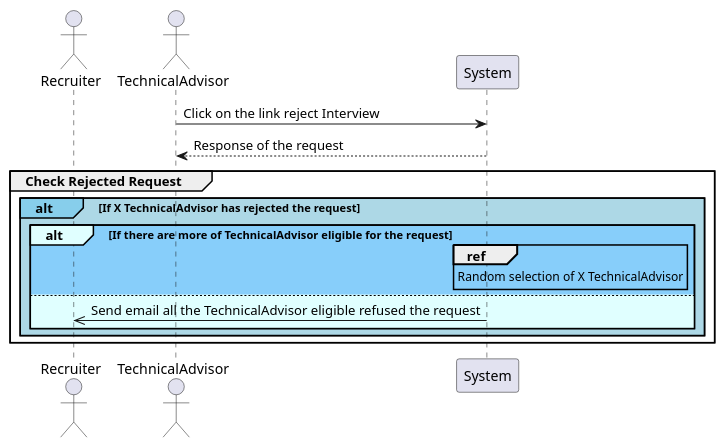
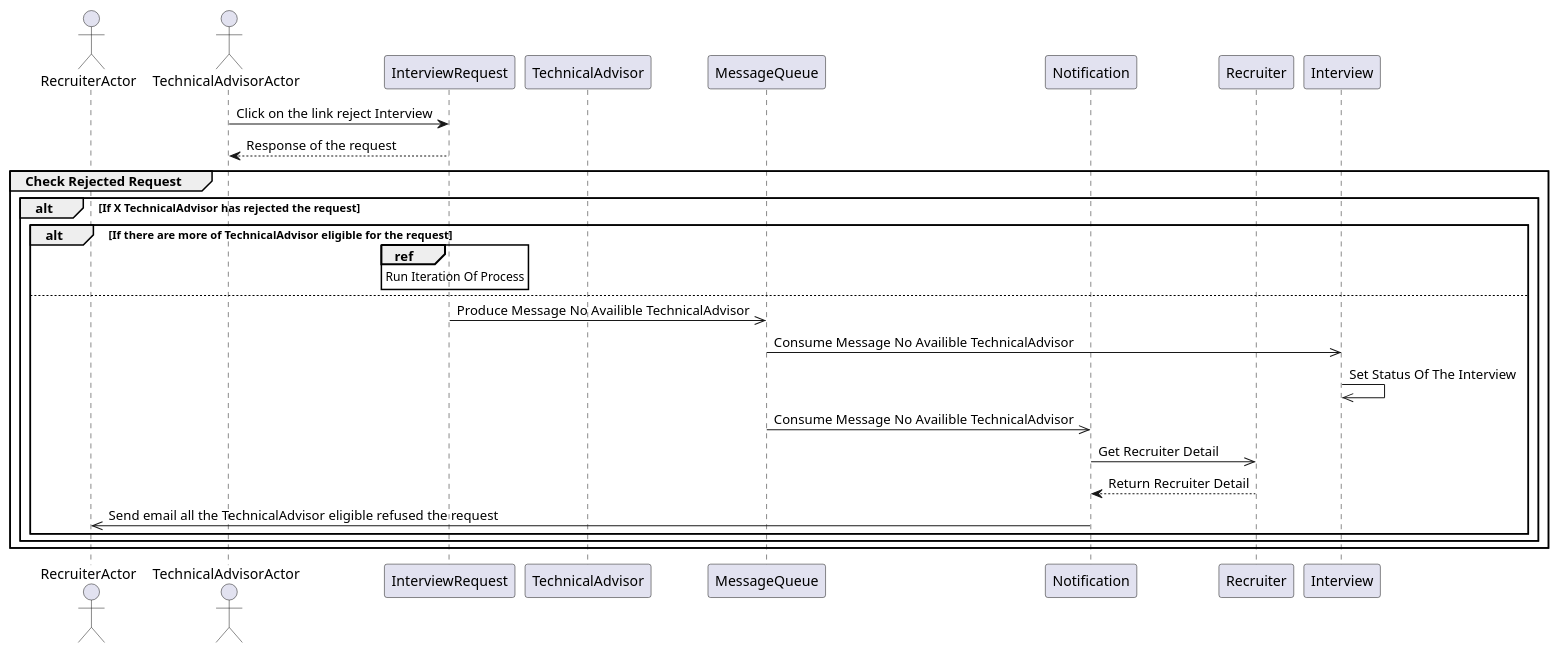
Before and after one commit to iBoukhenna/interview-managment-system: the diagram in documents/3-sequance/4-sequance_diagram_reject_interview.puml, drawn with PlantUML. The commit also changed 42 other files, not shown here.

```diff
--- a/documents/3-sequance/4-sequance_diagram_reject_interview.puml
+++ b/documents/3-sequance/4-sequance_diagram_reject_interview.puml
@@ -1,20 +1,31 @@
 @startuml
 
-actor Recruiter
-actor TechnicalAdvisor
-participant System
+actor RecruiterActor
+actor TechnicalAdvisorActor
+participant InterviewRequest
+participant TechnicalAdvisor
+participant MessageQueue
+participant Notification
+participant Recruiter
+participant Interview
 
-TechnicalAdvisor -> System: Click on the link reject Interview
-System --> TechnicalAdvisor: Response of the request
+TechnicalAdvisorActor -> InterviewRequest: Click on the link reject Interview
+InterviewRequest --> TechnicalAdvisorActor: Response of the request
 group Check Rejected Request
-    alt#SkyBlue #LightBlue If X TechnicalAdvisor has rejected the request
-        alt#LightCyan #LightSkyBlue If there are more of TechnicalAdvisor eligible for the request
-            ref over System
-                Random selection of X TechnicalAdvisor
+    alt If X TechnicalAdvisor has rejected the request
+        alt If there are more of TechnicalAdvisor eligible for the request
+            ref over InterviewRequest
+                Run Iteration Of Process
             end ref
-        else #LightCyan
-            System ->> Recruiter: Send email all the TechnicalAdvisor eligible refused the request
+        else
+            InterviewRequest ->> MessageQueue: Produce Message No Availible TechnicalAdvisor
+            Interview <<- MessageQueue: Consume Message No Availible TechnicalAdvisor
+            Interview ->> Interview: Set Status Of The Interview
+            Notification <<- MessageQueue: Consume Message No Availible TechnicalAdvisor
+            Notification ->> Recruiter: Get Recruiter Detail
+            Recruiter --> Notification: Return Recruiter Detail
+            Notification ->> RecruiterActor: Send email all the TechnicalAdvisor eligible refused the request
         end
     end
 end
 @enduml
```
